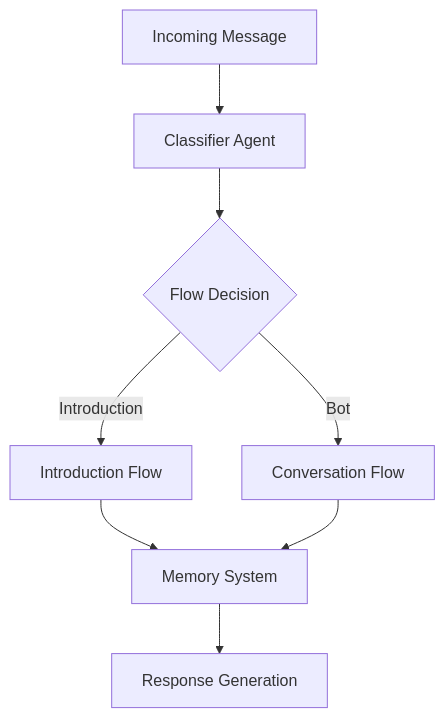
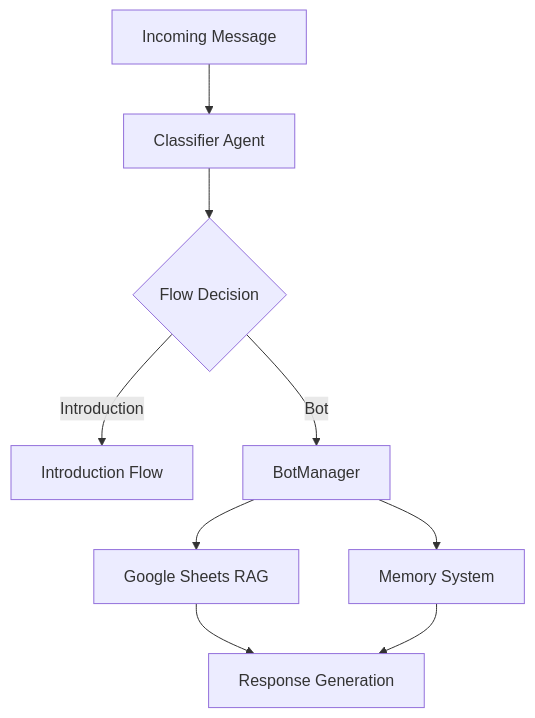
One commit to debugger-engineer/clinic-wa-chatbot-langchain changed the diagram in MIGRATION_PLAN.md. Above: the diagram before and after it, drawn with Mermaid. The commit also changed other lines of this file and 5 other files, not shown here.

Commit message:
feat: implement bot manager and conversation chain - Add conversation memory with timeout - Update main app with webhook endpoint - Add memory cleanup functionality

````diff
--- a/MIGRATION_PLAN.md
+++ b/MIGRATION_PLAN.md
@@ -91,10 +117,11 @@
 ```mermaid
 graph TD
     A[Incoming Message] --> B[Classifier Agent]
     B --> C{Flow Decision}
     C -->|Introduction| D[Introduction Flow]
-    C -->|Bot| E[Conversation Flow]
-    D --> F[Memory System]
-    E --> F
-    F --> G[Response Generation]
+    C -->|Bot| E[BotManager]
+    E --> F[Memory System]
+    E --> G[Google Sheets RAG]
+    G --> H[Response Generation]
+    F --> H
 ```
````
